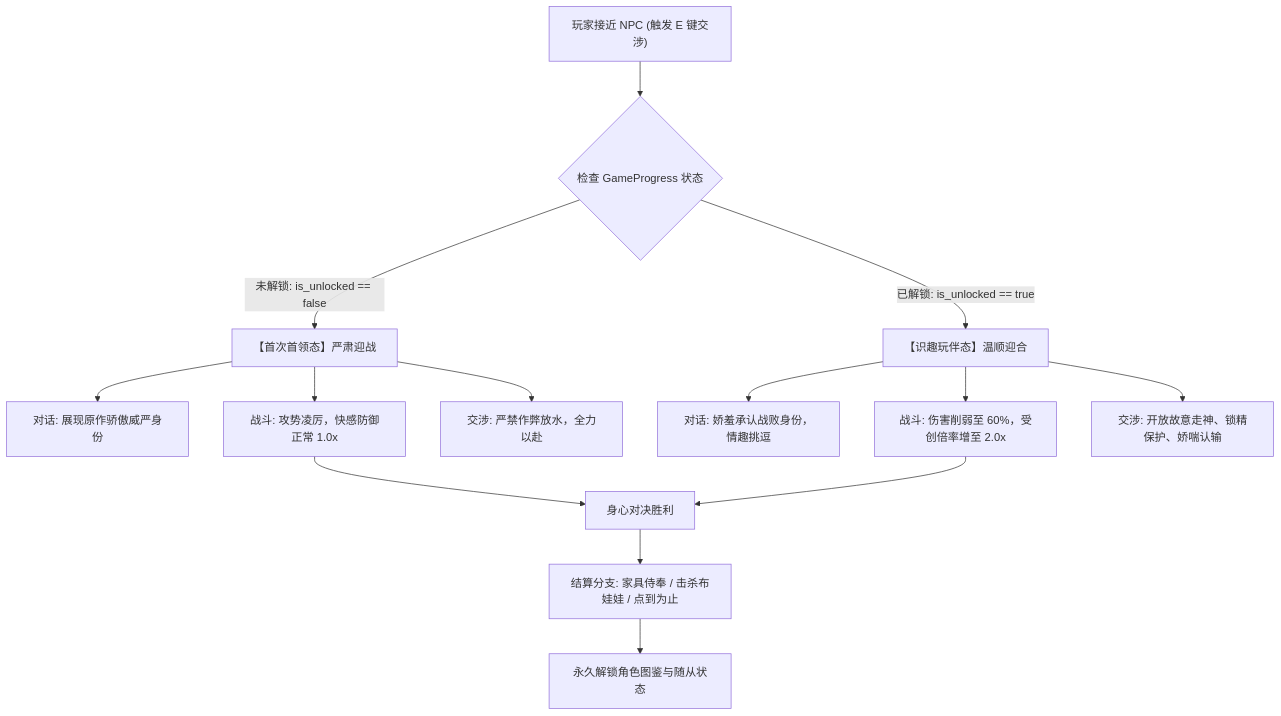
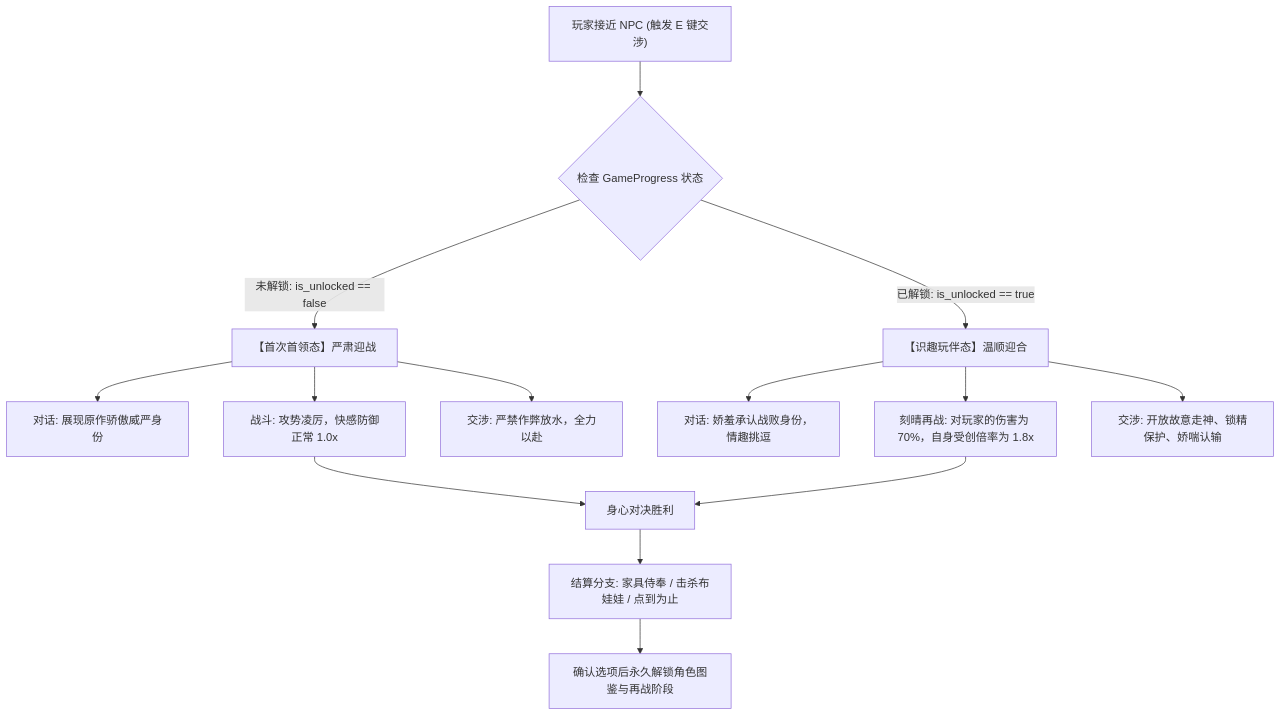
Before and after one commit to maru044/prism-route: the diagram in plans/universal_npc_encounter_and_keqing_progression_plan.md, drawn with Mermaid. The commit also changed other lines of this file and 4 other files, not shown here.

````diff
--- a/plans/universal_npc_encounter_and_keqing_progression_plan.md
+++ b/plans/universal_npc_encounter_and_keqing_progression_plan.md
@@ -20,19 +20,19 @@
 ```mermaid
 flowchart TD
     A["玩家接近 NPC (触发 E 键交涉)"] --> B{"检查 GameProgress 状态"}
     B -->|"未解锁: is_unlocked == false"| C["【首次首领态】严肃迎战"]
     B -->|"已解锁: is_unlocked == true"| D["【识趣玩伴态】温顺迎合"]
     
     C --> C1["对话: 展现原作骄傲威严身份"]
     C --> C2["战斗: 攻势凌厉，快感防御正常 1.0x"]
     C --> C3["交涉: 严禁作弊放水，全力以赴"]
     
     D --> D1["对话: 娇羞承认战败身份，情趣挑逗"]
-    D --> D2["战斗: 伤害削弱至 60%，受创倍率增至 2.0x"]
+    D --> D2["刻晴再战: 对玩家的伤害为 70%，自身受创倍率为 1.8x"]
     D --> D3["交涉: 开放故意走神、锁精保护、娇喘认输"]
     
     C2 --> E["身心对决胜利"]
     D2 --> E
     E --> F["结算分支: 家具侍奉 / 击杀布娃娃 / 点到为止"]
-    F --> G["永久解锁角色图鉴与随从状态"]
+    F --> G["确认选项后永久解锁角色图鉴与再战阶段"]
 ```
````
